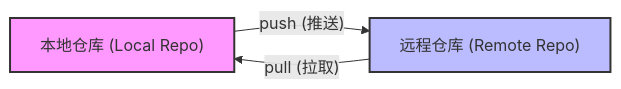
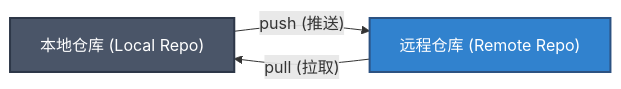
One commit to VrianCao/GitTour changed the diagram in src/content/docs/04-collaboration/01-remotes.md. Above: the diagram before and after it, drawn with Mermaid. The commit also changed 10 other files, not shown here.

First line of the commit message:
style: optimize Mermaid diagrams for light/dark mode

````diff
--- a/src/content/docs/04-collaboration/01-remotes.md
+++ b/src/content/docs/04-collaboration/01-remotes.md
@@ -13,11 +13,14 @@
 ```mermaid
 graph LR
     Local["本地仓库 (Local Repo)"]
     Remote["远程仓库 (Remote Repo)"]
     
     Local -- "push (推送)" --> Remote
     Remote -- "pull (拉取)" --> Local
     
-    style Local fill:#f9f,stroke:#333,stroke-width:2px
-    style Remote fill:#bbf,stroke:#333,stroke-width:2px
+    classDef local fill:#4a5568,stroke:#2d3748,color:#fff,stroke-width:2px
+    classDef remote fill:#3182ce,stroke:#2c5282,color:#fff,stroke-width:2px
+    
+    class Local local
+    class Remote remote
 ```
````
